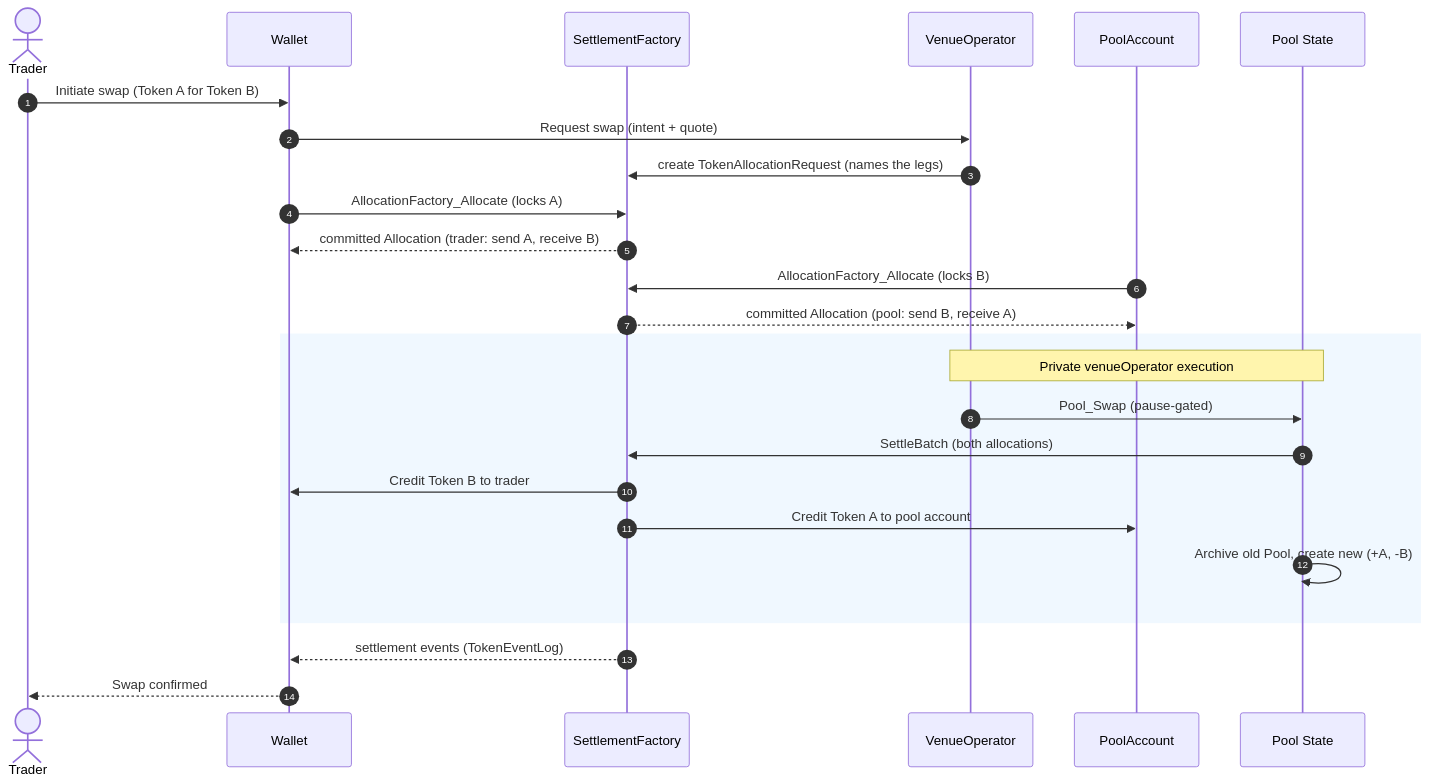
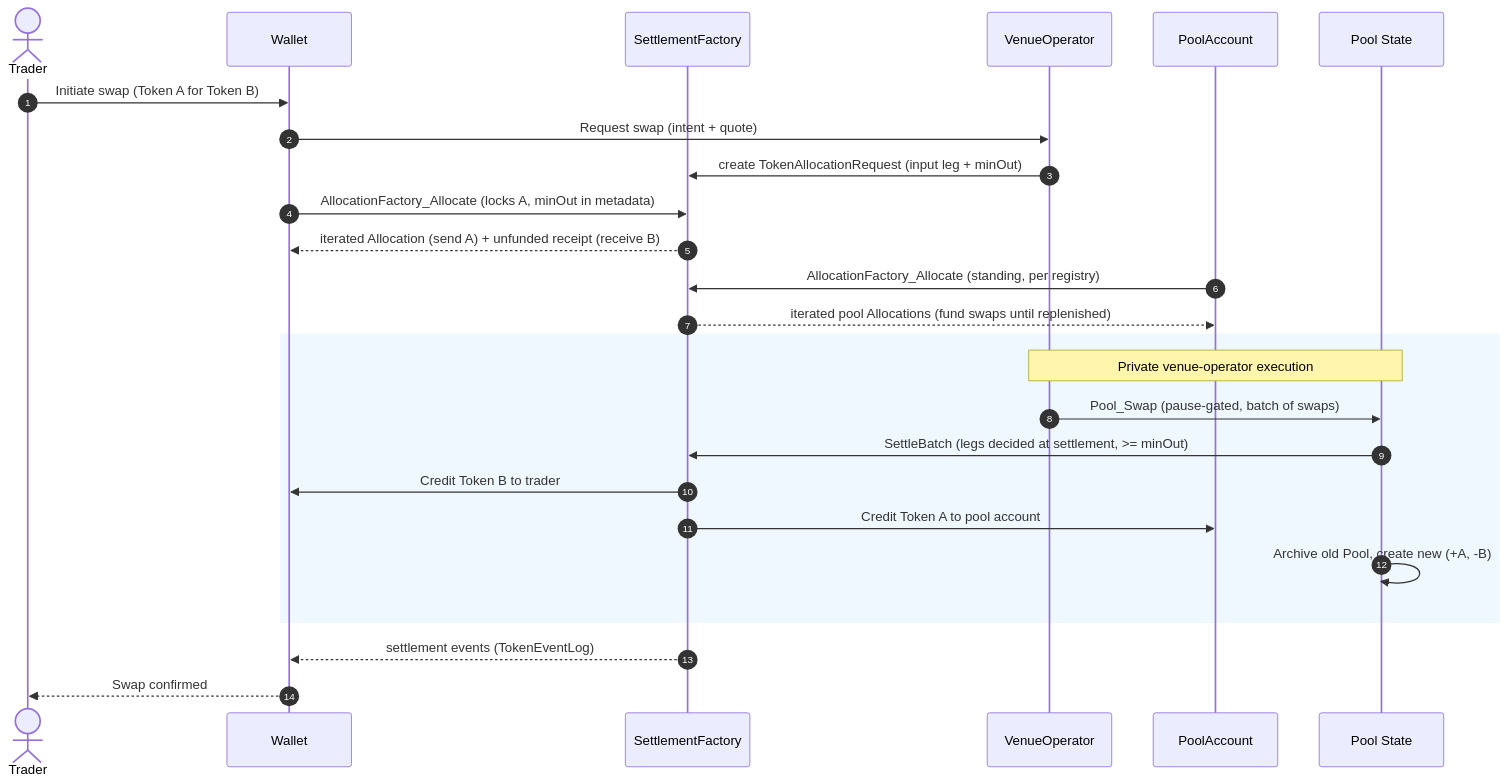
Before and after one commit to OpenZeppelin/canton-specs: the fifth of 5 diagrams in docs/reference-architectures/dex.md, drawn with Mermaid. The commit also changed other lines of this file, not shown here.

Commit message:
Modify into venue governance and operator roles. Decentralize governance and delegate to operator. Add batch swap and the auditor.

````diff
--- a/docs/reference-architectures/dex.md
+++ b/docs/reference-architectures/dex.md
@@ -379,30 +430,30 @@
 ```mermaid
 sequenceDiagram
     autonumber
     actor Trader
     participant Wallet
     participant SettleFactory as SettlementFactory
     participant VenueOperator
     participant PoolAccount
     participant PoolContract as Pool State
 
     Trader->>Wallet: Initiate swap (Token A for Token B)
     Wallet->>VenueOperator: Request swap (intent + quote)
-    VenueOperator->>SettleFactory: create TokenAllocationRequest (names the legs)
-    Wallet->>SettleFactory: AllocationFactory_Allocate (locks A)
-    SettleFactory-->>Wallet: committed Allocation (trader: send A, receive B)
-    PoolAccount->>SettleFactory: AllocationFactory_Allocate (locks B)
-    SettleFactory-->>PoolAccount: committed Allocation (pool: send B, receive A)
+    VenueOperator->>SettleFactory: create TokenAllocationRequest (input leg + minOut)
+    Wallet->>SettleFactory: AllocationFactory_Allocate (locks A, minOut in metadata)
+    SettleFactory-->>Wallet: iterated Allocation (send A) + unfunded receipt (receive B)
+    PoolAccount->>SettleFactory: AllocationFactory_Allocate (standing, per registry)
+    SettleFactory-->>PoolAccount: iterated pool Allocations (fund swaps until replenished)
 
     rect rgb(240, 248, 255)
-    Note over VenueOperator, PoolContract: Private venueOperator execution
-    VenueOperator->>PoolContract: Pool_Swap (pause-gated)
-    PoolContract->>SettleFactory: SettleBatch (both allocations)
+    Note over VenueOperator, PoolContract: Private venue-operator execution
+    VenueOperator->>PoolContract: Pool_Swap (pause-gated, batch of swaps)
+    PoolContract->>SettleFactory: SettleBatch (legs decided at settlement, >= minOut)
     SettleFactory->>Wallet: Credit Token B to trader
     SettleFactory->>PoolAccount: Credit Token A to pool account
     PoolContract->>PoolContract: Archive old Pool, create new (+A, -B)
     end
 
     SettleFactory-->>Wallet: settlement events (TokenEventLog)
     Wallet-->>Trader: Swap confirmed
 ```
````
